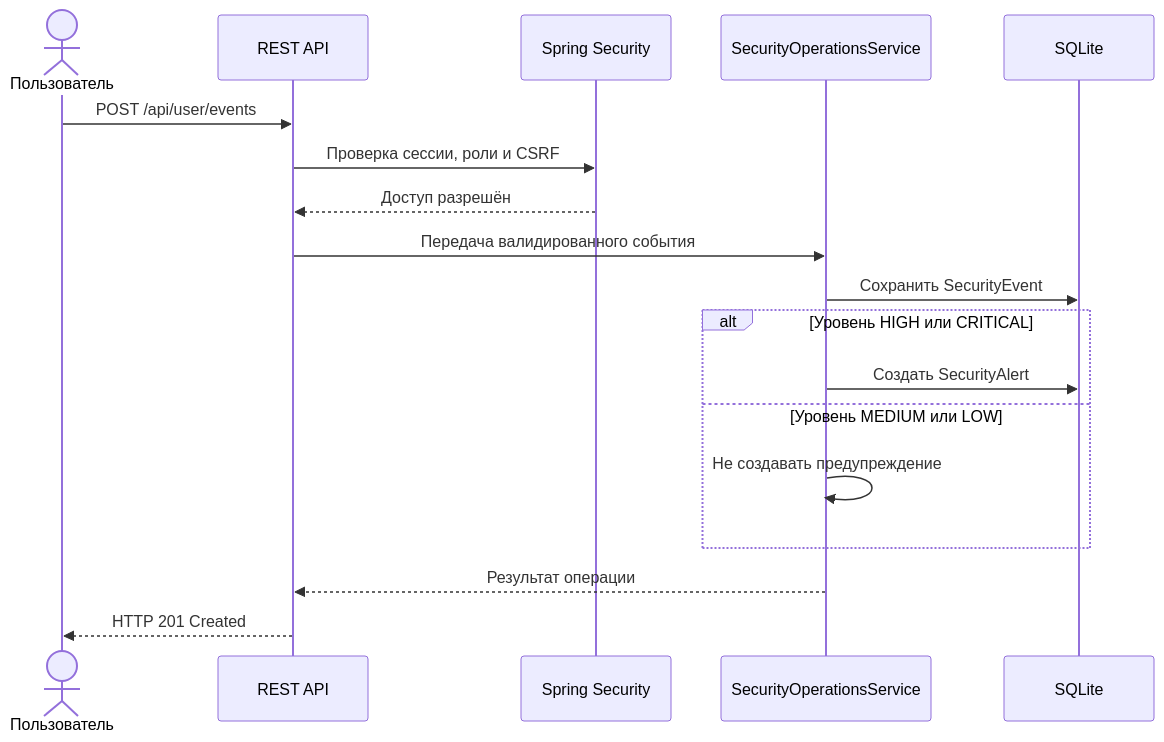
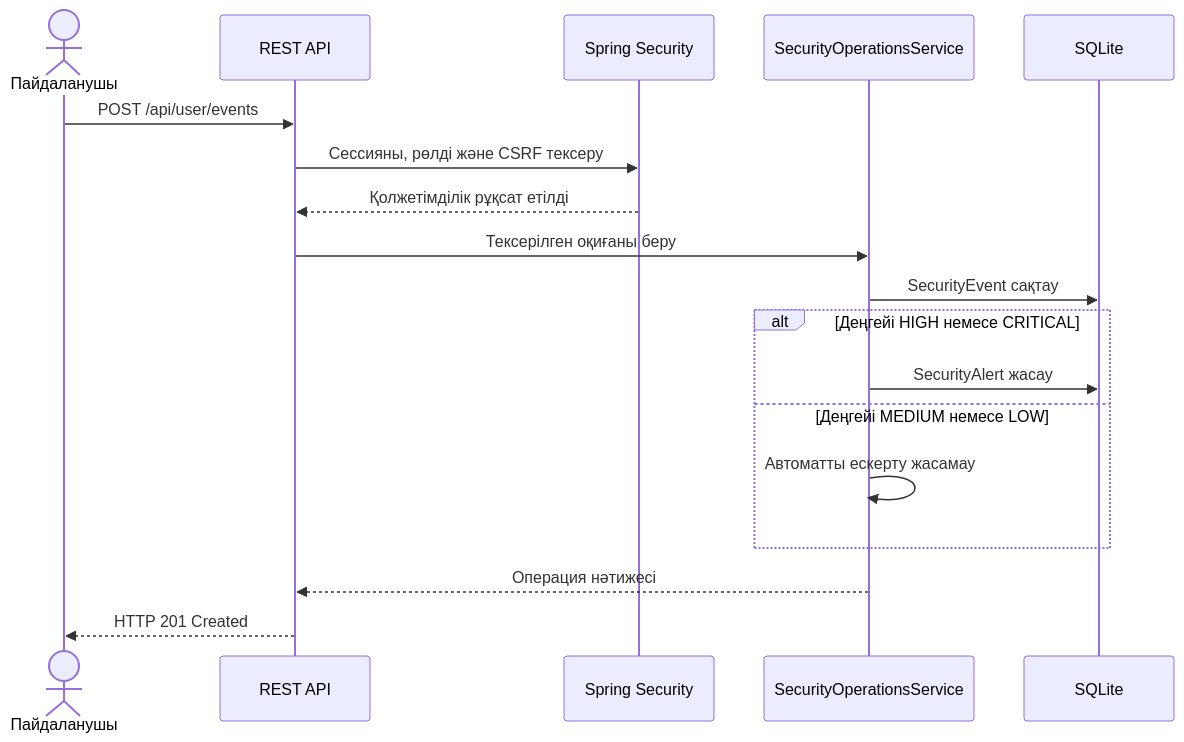
The second of 4 diagrams in README.md (FURIA-Team/-SIEM), drawn with Mermaid before and after one commit. The commit also changed other lines of this file, not shown here.

````diff
--- a/README.md
+++ b/README.md
@@ -130,21 +128,21 @@
 ```mermaid
 sequenceDiagram
-    actor User as Пользователь
+    actor User as Пайдаланушы
     participant API as REST API
     participant Security as Spring Security
     participant Service as SecurityOperationsService
     participant DB as SQLite
 
     User->>API: POST /api/user/events
-    API->>Security: Проверка сессии, роли и CSRF
-    Security-->>API: Доступ разрешён
-    API->>Service: Передача валидированного события
-    Service->>DB: Сохранить SecurityEvent
-    alt Уровень HIGH или CRITICAL
-        Service->>DB: Создать SecurityAlert
-    else Уровень MEDIUM или LOW
-        Service->>Service: Не создавать предупреждение
+    API->>Security: Сессияны, рөлді және CSRF тексеру
+    Security-->>API: Қолжетімділік рұқсат етілді
+    API->>Service: Тексерілген оқиғаны беру
+    Service->>DB: SecurityEvent сақтау
+    alt Деңгейі HIGH немесе CRITICAL
+        Service->>DB: SecurityAlert жасау
+    else Деңгейі MEDIUM немесе LOW
+        Service->>Service: Автоматты ескерту жасамау
     end
-    Service-->>API: Результат операции
+    Service-->>API: Операция нәтижесі
     API-->>User: HTTP 201 Created
 ```
````
